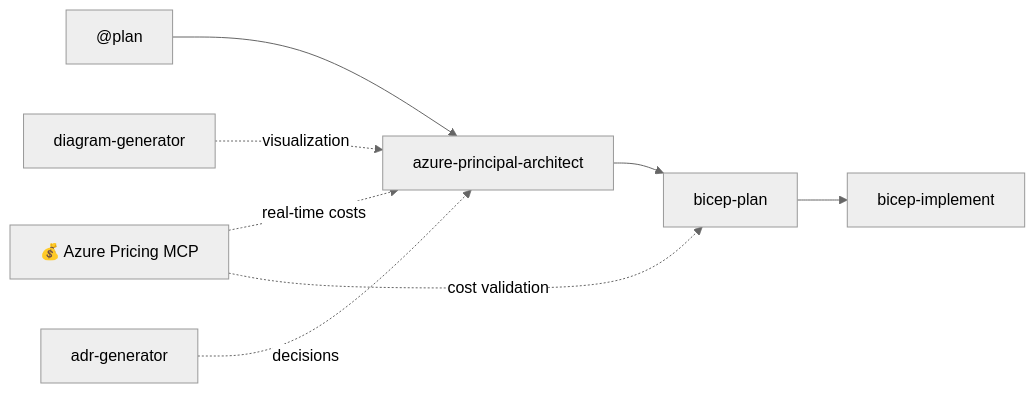
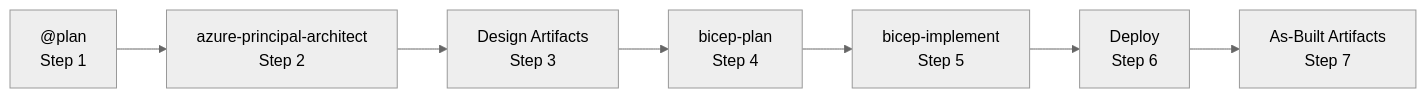
Before and after one commit to jonathan-vella/apex-accelerator: the diagram in .github/copilot-instructions.md, drawn with Mermaid. The commit also changed other lines of this file and 213 other files, not shown here.

````diff
--- a/.github/copilot-instructions.md
+++ b/.github/copilot-instructions.md
@@ -95,11 +35,10 @@
 ```mermaid
 %%{init: {'theme':'neutral'}}%%
 graph LR
-    P["@plan"] --> A[azure-principal-architect]
-    A --> B[bicep-plan]
-    B --> I[bicep-implement]
-    MCP["💰 Azure Pricing MCP"] -.->|real-time costs| A
-    MCP -.->|cost validation| B
-    D[diagram-generator] -.->|visualization| A
-    ADR[adr-generator] -.->|decisions| A
+    P["@plan<br/>Step 1"] --> A[azure-principal-architect<br/>Step 2]
+    A --> D["Design Artifacts<br/>Step 3"]
+    D --> B[bicep-plan<br/>Step 4]
+    B --> I[bicep-implement<br/>Step 5]
+    I --> DEP["Deploy<br/>Step 6"]
+    DEP --> F["As-Built Artifacts<br/>Step 7"]
 ```
````
